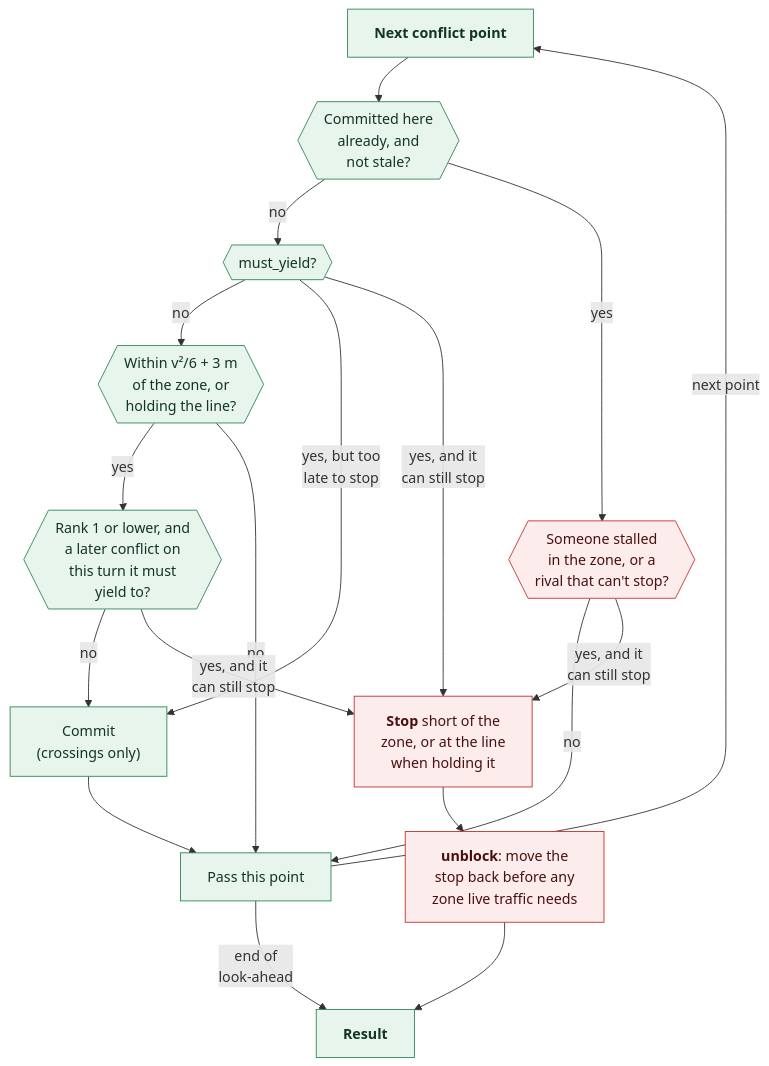
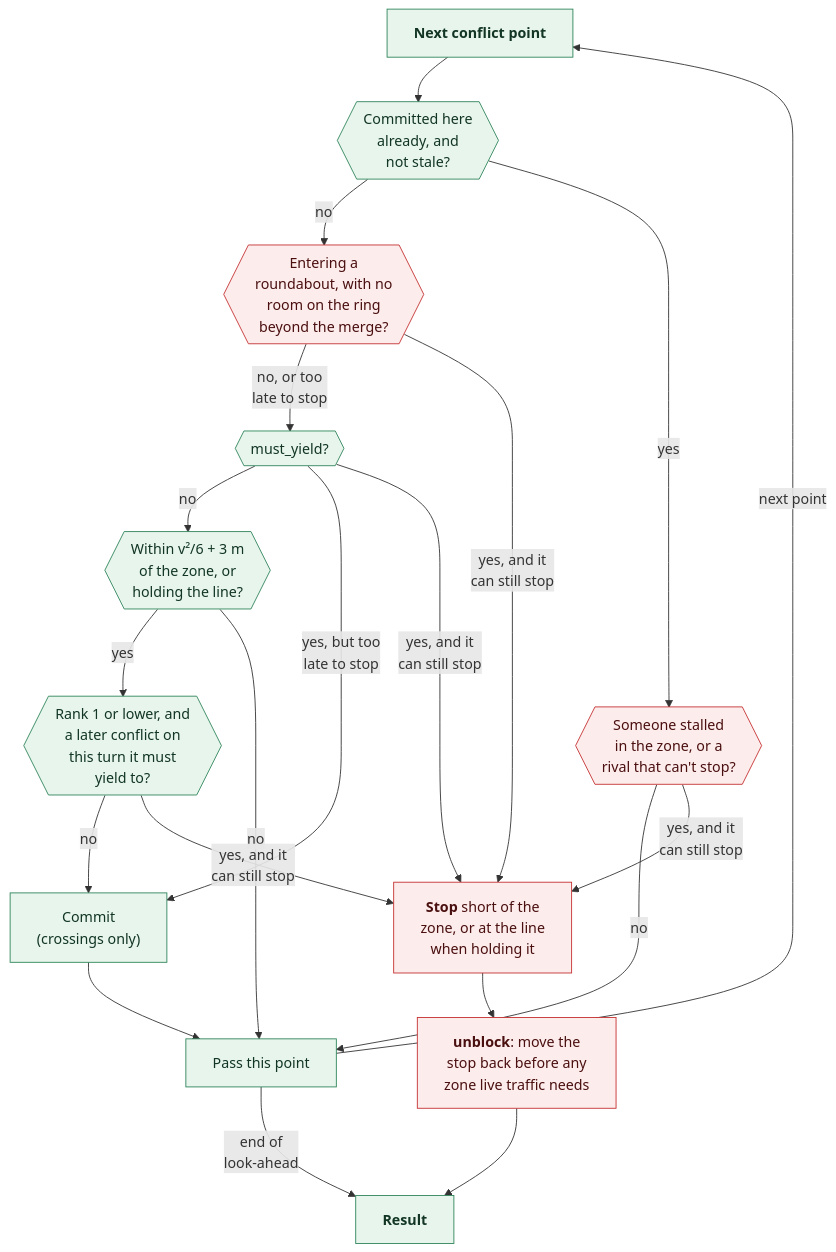
One commit to schreck61/intersection-lab changed the sixth of 22 diagrams in docs/architecture.md. Above: the diagram before and after it, drawn with Mermaid. The commit also changed other lines of this file and 4 other files, not shown here.

````diff
--- a/docs/architecture.md
+++ b/docs/architecture.md
@@ -658,34 +666,37 @@
 ```mermaid
 flowchart TB
     E["<b>Next conflict point</b>"]
     F{{"Committed here<br/>already, and<br/>not stale?"}}
+    RING{{"Entering a<br/>roundabout, with no<br/>room on the ring<br/>beyond the merge?"}}
     H{{"must_yield?"}}
     I{{"Within v²/6 + 3 m<br/>of the zone, or<br/>holding the line?"}}
     J{{"Rank 1 or lower, and<br/>a later conflict on<br/>this turn it must<br/>yield to?"}}
     K["Commit<br/>(crossings only)"]
     PASS["Pass this point"]
     G{{"Someone stalled<br/>in the zone, or a<br/>rival that can't stop?"}}
     STOP["<b>Stop</b> short of the<br/>zone, or at the line<br/>when holding it"]
     U["<b>unblock</b>: move the<br/>stop back before any<br/>zone live traffic needs"]
     R["<b>Result</b>"]
     E --> F
-    F -->|no| H
+    F -->|no| RING
+    RING -->|"no, or too<br/>late to stop"| H
     H -->|no| I
     I -->|yes| J
     J -->|no| K
     K --> PASS
     F -->|yes| G
     H -->|"yes, but too<br/>late to stop"| K
     I -->|no| PASS
     G -->|no| PASS
     G -->|"yes, and it<br/>can still stop"| STOP
+    RING -->|"yes, and it<br/>can still stop"| STOP
     H -->|"yes, and it<br/>can still stop"| STOP
     J -->|"yes, and it<br/>can still stop"| STOP
     PASS -->|"next point"| E
     STOP --> U --> R
     PASS -->|"end of<br/>look-ahead"| R
     classDef sim fill:#e7f5ec,stroke:#2f855a,color:#123524
     classDef safe fill:#fdecec,stroke:#c53030,color:#4a0f0f
     class E,F,H,I,J,K,PASS,R sim
-    class G,STOP,U safe
+    class G,RING,STOP,U safe
 ```
````
